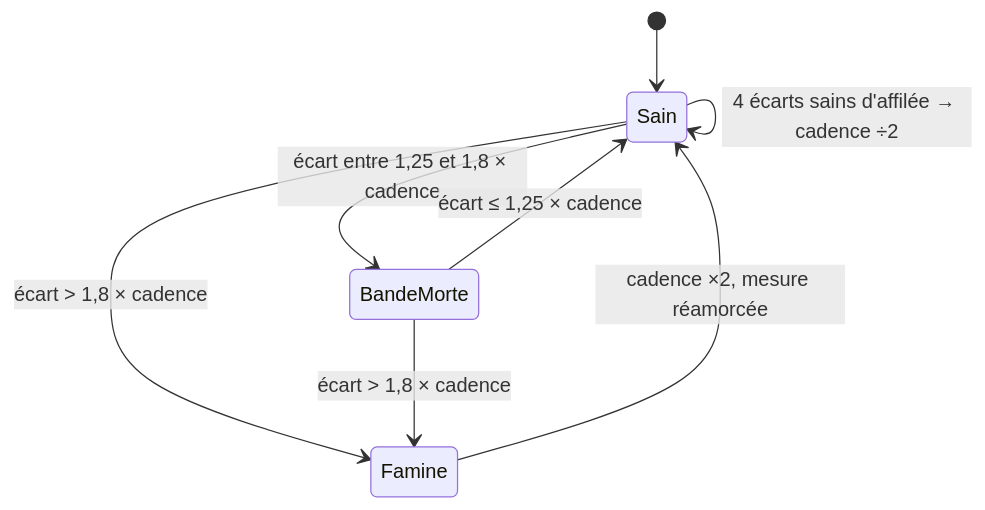
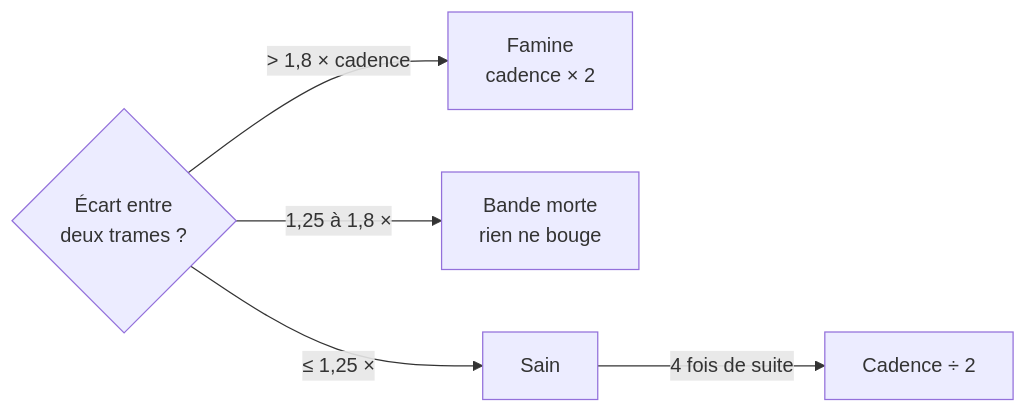
The second of 8 diagrams in src/packages/@nodefony/realtime/docs/cadence-et-contre-pression.md (nodefony/nodefony-core), drawn with Mermaid before and after one commit. The commit also changed other lines of this file and 2 other files, not shown here.

````diff
--- a/src/packages/@nodefony/realtime/docs/cadence-et-contre-pression.md
+++ b/src/packages/@nodefony/realtime/docs/cadence-et-contre-pression.md
@@ -271,10 +298,7 @@
 ```mermaid
-stateDiagram-v2
-  [*] --> Sain
-  Sain --> Famine : écart > 1,8 × cadence
-  Sain --> BandeMorte : écart entre 1,25 et 1,8 × cadence
-  BandeMorte --> Sain : écart ≤ 1,25 × cadence
-  BandeMorte --> Famine : écart > 1,8 × cadence
-  Famine --> Sain : cadence ×2, mesure réamorcée
-  Sain --> Sain : 4 écarts sains d'affilée → cadence ÷2
+flowchart LR
+  E{"Écart entre<br/>deux trames ?"} -->|"> 1,8 × cadence"| FAM["Famine<br/>cadence × 2"]
+  E -->|"1,25 à 1,8 ×"| BM["Bande morte<br/>rien ne bouge"]
+  E -->|"≤ 1,25 ×"| S["Sain"]
+  S -->|"4 fois de suite"| UP["Cadence ÷ 2"]
 ```
````
